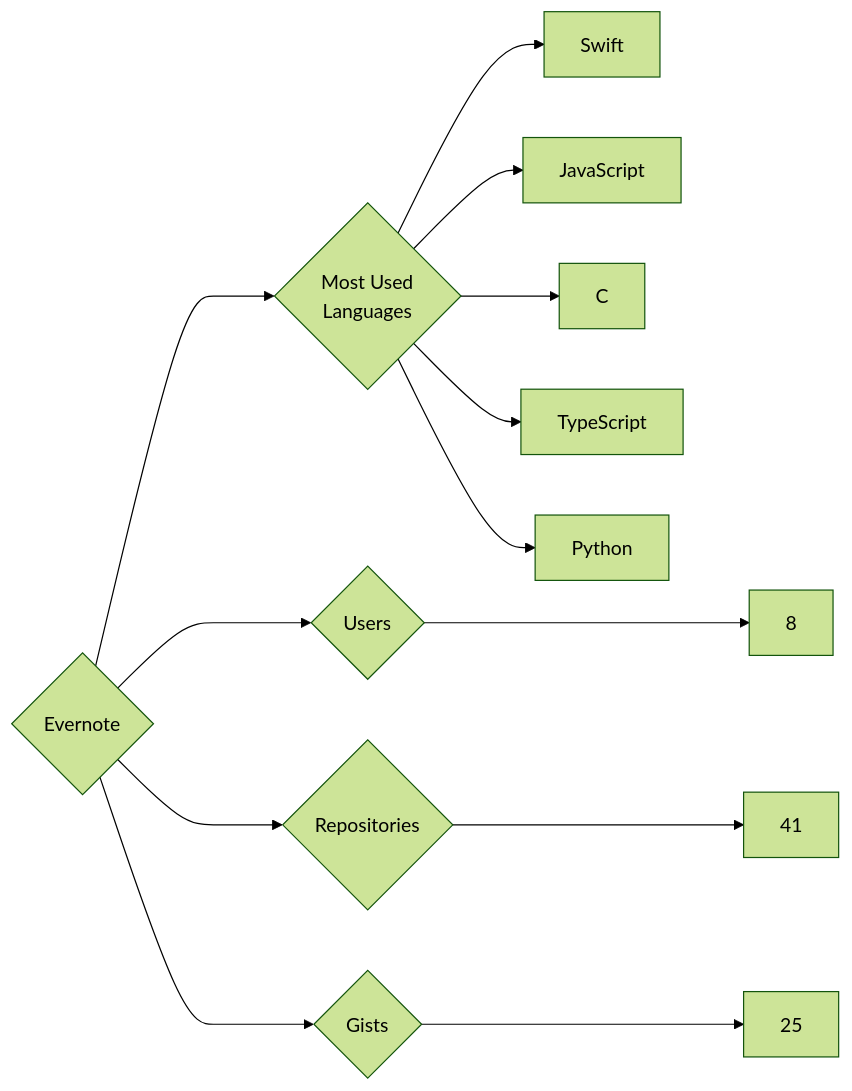
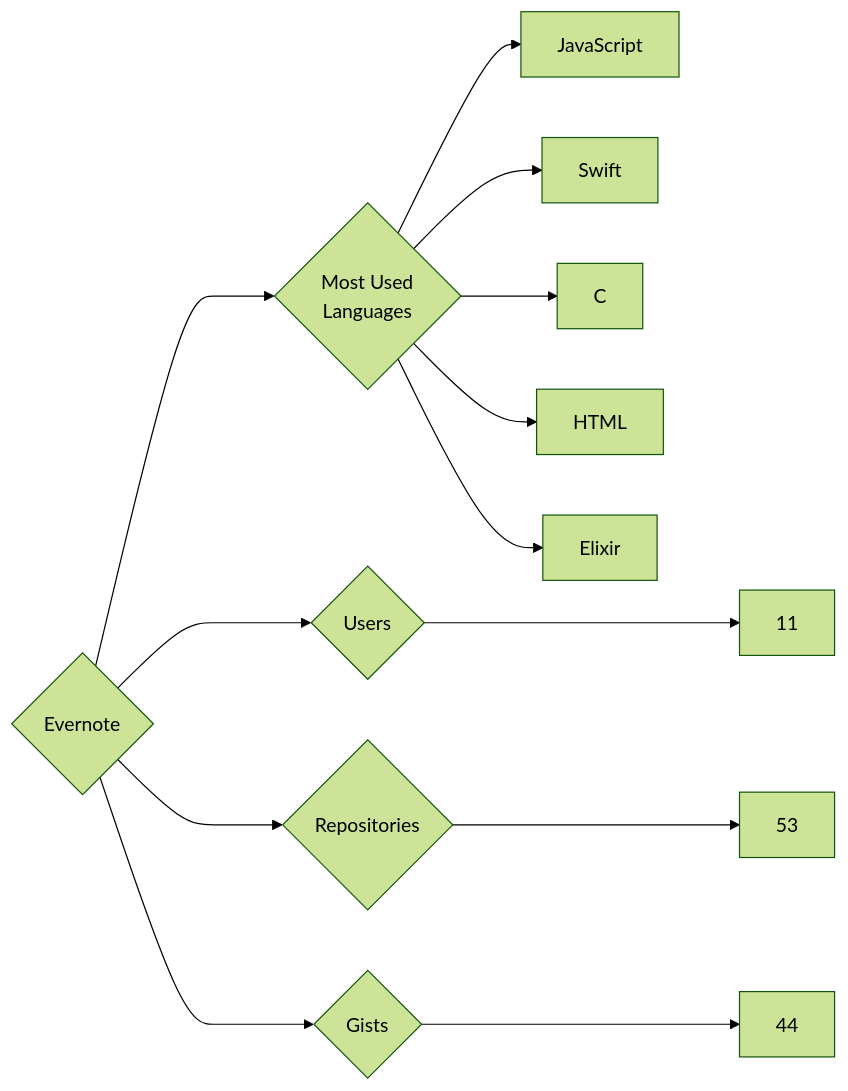
One commit to trickest/insiders changed the diagram in targets/Evernote/README.md. Above: the diagram before and after it, drawn with Mermaid (forest theme). The commit also changed 857 other files, not shown here.

````diff
--- a/targets/Evernote/README.md
+++ b/targets/Evernote/README.md
@@ -3,13 +3,13 @@
 ```mermaid
 graph LR
 COMPANY_NAME{Evernote}
-COMPANY_NAME ---> U{Users} ---> UN[8]
-COMPANY_NAME ---> R{Repositories} ---> RN[41]
-COMPANY_NAME ---> G{Gists} ---> GN[25]
+COMPANY_NAME ---> U{Users} ---> UN[11]
+COMPANY_NAME ---> R{Repositories} ---> RN[53]
+COMPANY_NAME ---> G{Gists} ---> GN[44]
 COMPANY_NAME ---> ML{Most Used<br>Languages}
+ML --> JavaScript[JavaScript]
 ML --> Swift[Swift]
-ML --> JavaScript[JavaScript]
 ML --> C[C]
-ML --> TypeScript[TypeScript]
-ML --> Python[Python]
+ML --> HTML[HTML]
+ML --> Elixir[Elixir]
 ```
````
